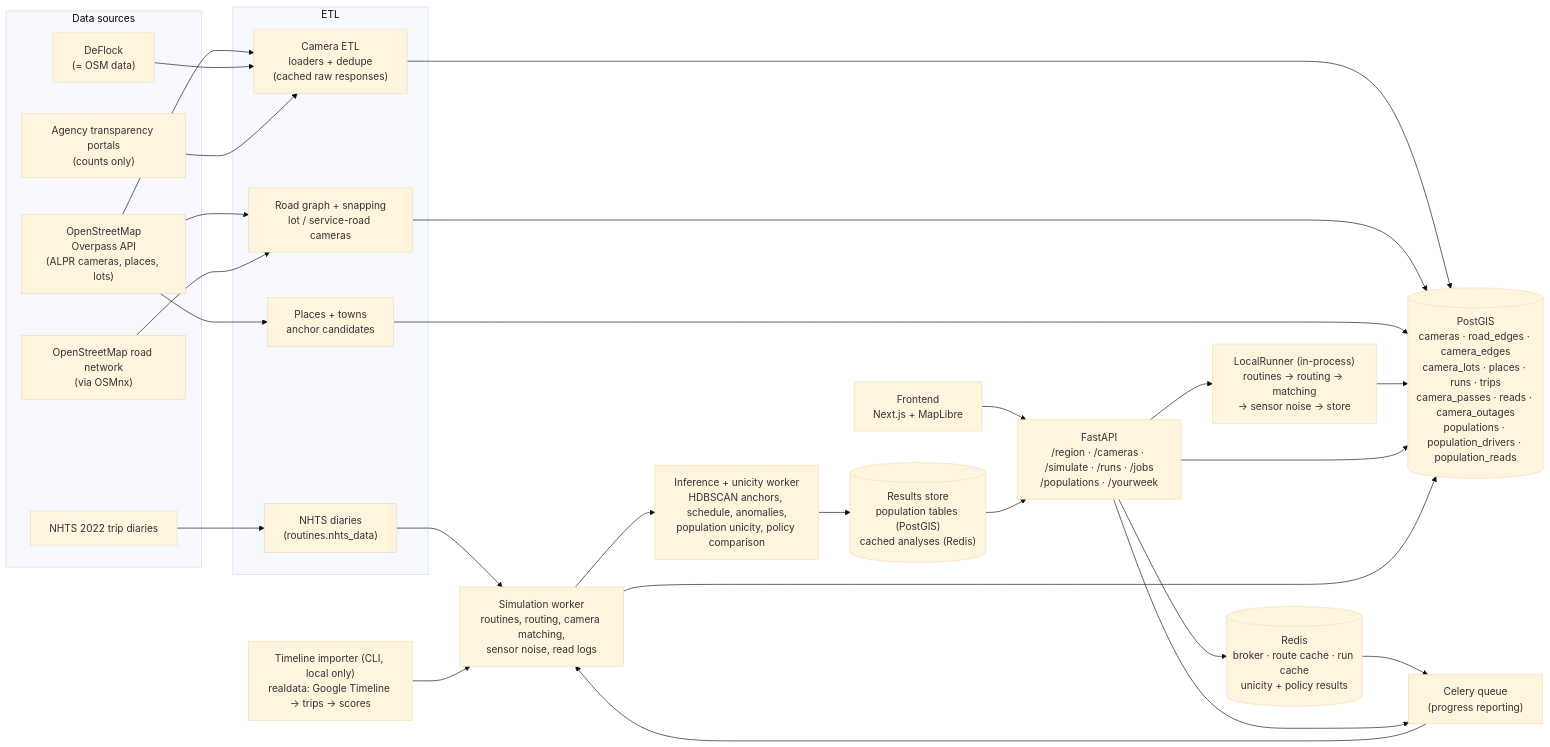
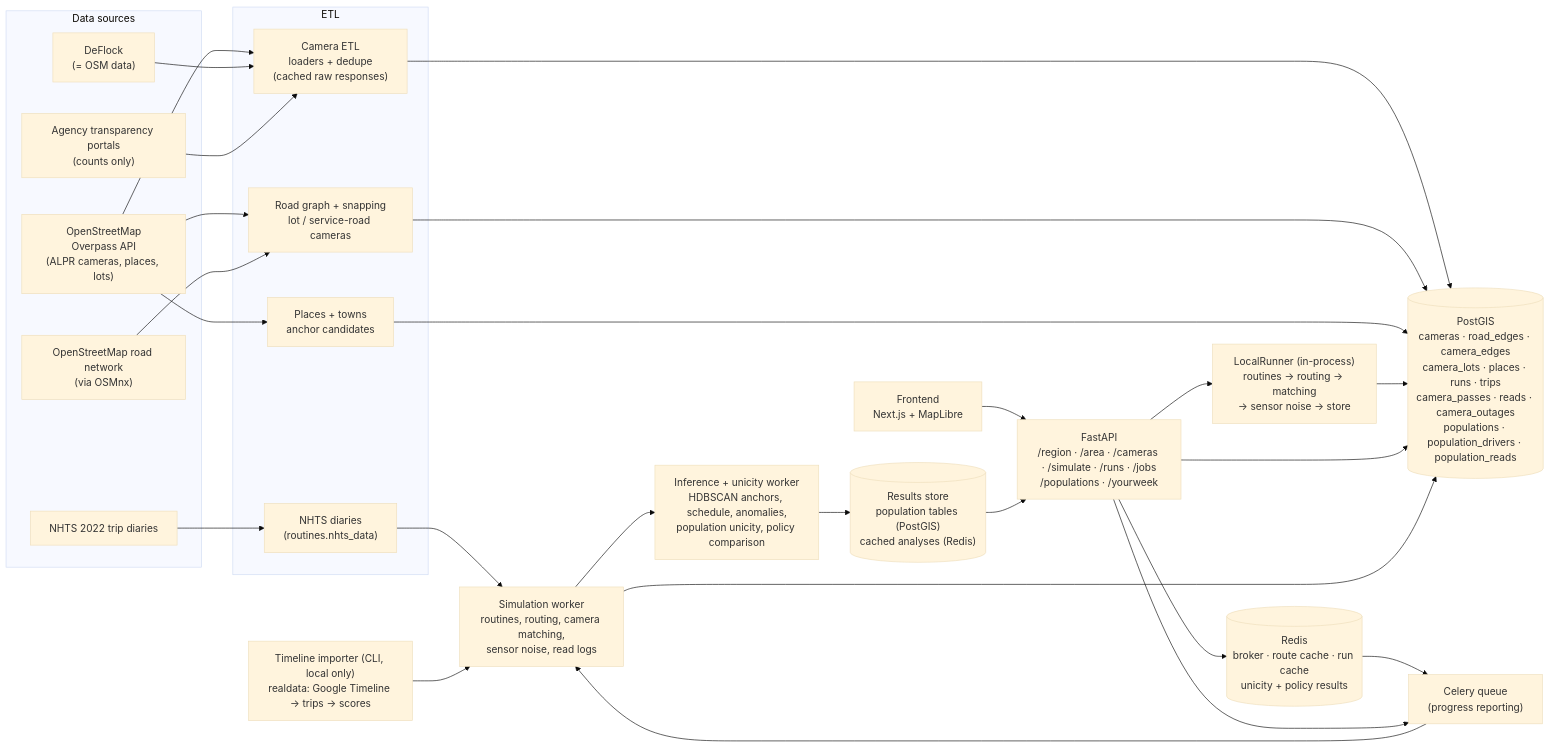
Before and after one commit to RyanPurakal/plate-trail: the diagram in docs/architecture.md, drawn with Mermaid (base theme). The commit also changed 6 other files, not shown here.

Commit message:
Explore: GET /area serves OSM sensors and a summary for any bbox; roadmap restructured for the check-up tool

````diff
--- a/docs/architecture.md
+++ b/docs/architecture.md
@@ -7,59 +7,59 @@
 ```mermaid
 flowchart LR
     %% ---------- sources ----------
     subgraph sources["Data sources"]
         OSM["OpenStreetMap<br/>Overpass API<br/>(ALPR cameras, places, lots)"]
         OSMNX["OpenStreetMap road network<br/>(via OSMnx)"]
         DEFLOCK["DeFlock<br/>(= OSM data)"]
         AGENCY["Agency transparency portals<br/>(counts only)"]
         NHTS["NHTS 2022 trip diaries"]
     end
 
     %% ---------- ETL ----------
     subgraph etl["ETL"]
         CAMETL["Camera ETL<br/>loaders + dedupe<br/>(cached raw responses)"]
         ROADS["Road graph + snapping<br/>lot / service-road cameras"]
         PLACES["Places + towns<br/>anchor candidates"]
         NHTSETL["NHTS diaries<br/>(routines.nhts_data)"]
     end
 
     DB[("PostGIS<br/>cameras · road_edges · camera_edges<br/>camera_lots · places · runs · trips<br/>camera_passes · reads · camera_outages<br/>populations · population_drivers · population_reads")]
 
     %% ---------- app ----------
     FE["Frontend<br/>Next.js + MapLibre"]
-    API["FastAPI<br/>/region · /cameras · /simulate · /runs · /jobs<br/>/populations · /yourweek"]
+    API["FastAPI<br/>/region · /area · /cameras · /simulate · /runs · /jobs<br/>/populations · /yourweek"]
     LOCAL["LocalRunner (in-process)<br/>routines → routing → matching<br/>→ sensor noise → store"]
     REDIS[("Redis<br/>broker · route cache · run cache<br/>unicity + policy results")]
     QUEUE["Celery queue<br/>(progress reporting)"]
     SIMW["Simulation worker<br/>routines, routing, camera matching,<br/>sensor noise, read logs"]
     INFW["Inference + unicity worker<br/>HDBSCAN anchors, schedule, anomalies,<br/>population unicity, policy comparison"]
     RESULTS[("Results store<br/>population tables (PostGIS)<br/>cached analyses (Redis)")]
     TIMELINE["Timeline importer (CLI, local only)<br/>realdata: Google Timeline → trips → scores"]
 
     OSM --> CAMETL
     OSM --> PLACES
     OSM --> ROADS
     OSMNX --> ROADS
     DEFLOCK --> CAMETL
     AGENCY --> CAMETL
     NHTS --> NHTSETL
     CAMETL --> DB
     ROADS --> DB
     PLACES --> DB
     NHTSETL --> SIMW
 
     FE --> API
     API --> LOCAL
     LOCAL --> DB
     API --> DB
 
     API --> REDIS
     REDIS --> QUEUE
     API --> QUEUE
     QUEUE --> SIMW
     SIMW --> INFW
     SIMW --> DB
     INFW --> RESULTS
     RESULTS --> API
     TIMELINE --> SIMW
 ```
````
